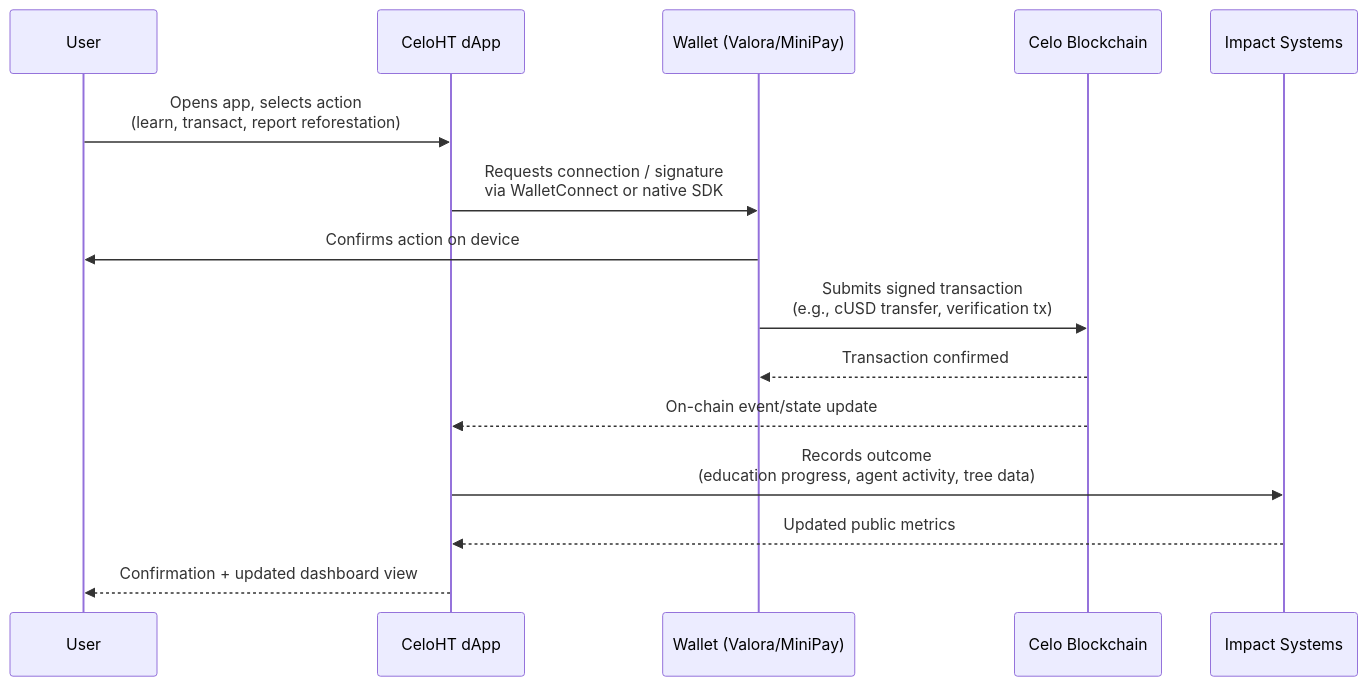
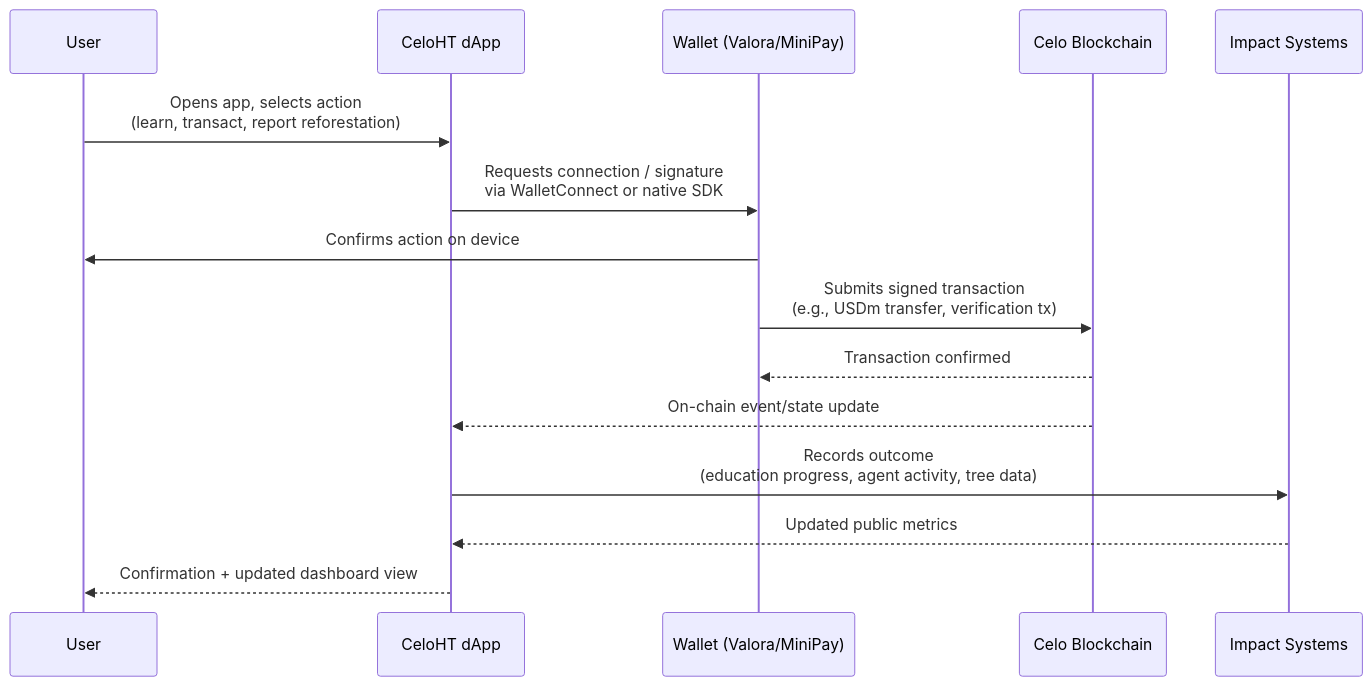
One commit to Celo-HaiTi/CeloHT changed the second of 10 diagrams in ARCHITECTURE.md. Above: the diagram before and after it, drawn with Mermaid. The commit also changed other lines of this file and 46 other files, not shown here.

Commit message:
Migrate cUSD terminology to USDm

````diff
--- a/ARCHITECTURE.md
+++ b/ARCHITECTURE.md
@@ -86,18 +86,18 @@
 ```mermaid
 sequenceDiagram
     participant User
     participant dApp as CeloHT dApp
     participant Wallet as Wallet (Valora/MiniPay)
     participant Chain as Celo Blockchain
     participant Impact as Impact Systems
 
     User->>dApp: Opens app, selects action<br/>(learn, transact, report reforestation)
     dApp->>Wallet: Requests connection / signature<br/>via WalletConnect or native SDK
     Wallet->>User: Confirms action on device
-    Wallet->>Chain: Submits signed transaction<br/>(e.g., cUSD transfer, verification tx)
+    Wallet->>Chain: Submits signed transaction<br/>(e.g., USDm transfer, verification tx)
     Chain-->>Wallet: Transaction confirmed
     Chain-->>dApp: On-chain event/state update
     dApp->>Impact: Records outcome<br/>(education progress, agent activity, tree data)
     Impact-->>dApp: Updated public metrics
     dApp-->>User: Confirmation + updated dashboard view
 ```
````
